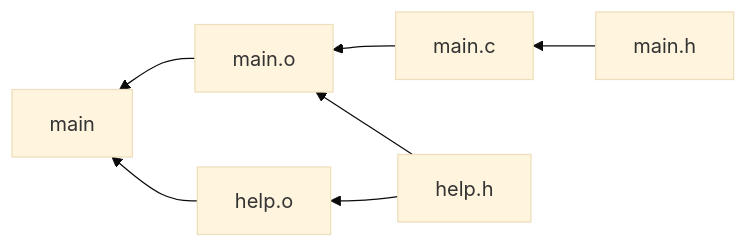
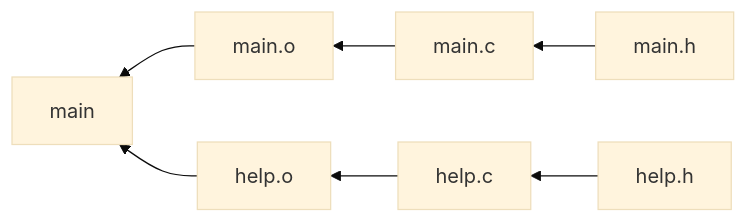
The second of 2 diagrams in tab_develope/3DSlicer/file3.md (kohheekyung/kohheekyung.github.io), drawn with Mermaid (base theme) before and after one commit.

````diff
--- a/tab_develope/3DSlicer/file3.md
+++ b/tab_develope/3DSlicer/file3.md
@@ -24,9 +24,9 @@
 ```mermaid
 graph RL
 A[main.h] --> B[main.c]
 C[help.h] --> D[help.c]
-    B --> D[main.o]
-    C --> E[help.o]
-    D --> F[main]
-    E --> F
+    B --> E[main.o]
+    D --> F[help.o]
+    E --> G[main]
+    F --> G
 ```
````
